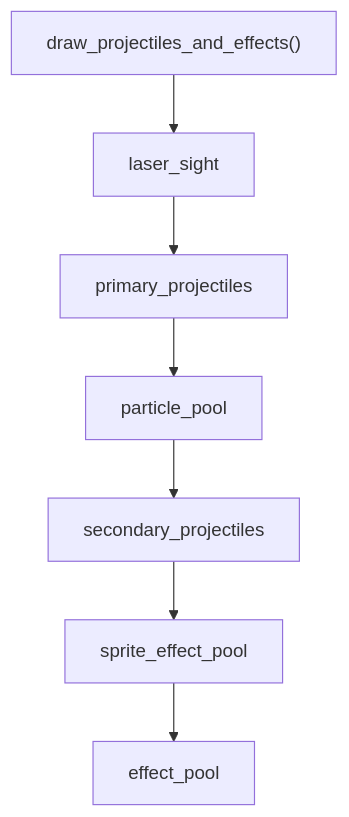
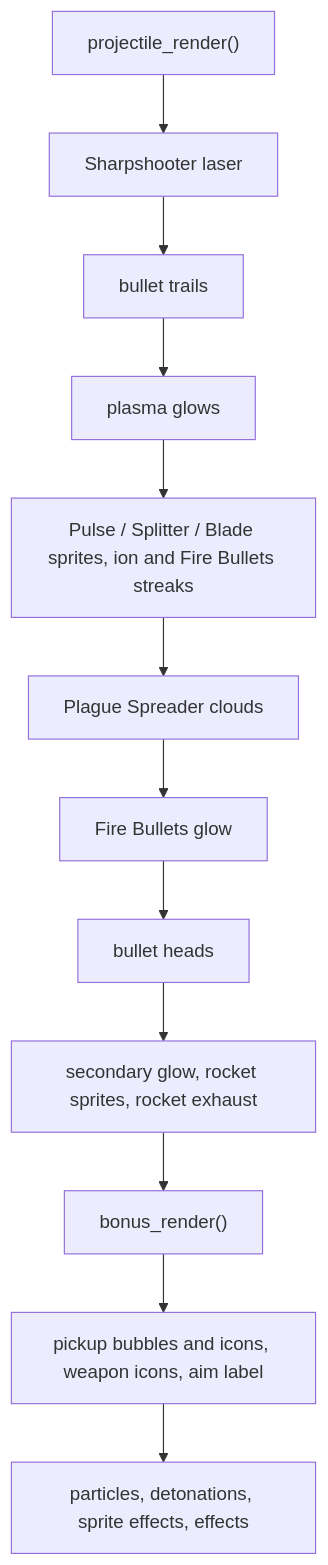
The fifth of 6 diagrams in docs/rewrite/rendering-pipeline.md (banteg/crimson), drawn with Mermaid before and after one commit. The commit also changed other lines of this file and 26 other files, not shown here.

First line of the commit message:
refactor(render): draw projectiles and bonuses in native pass order

````diff
--- a/docs/rewrite/rendering-pipeline.md
+++ b/docs/rewrite/rendering-pipeline.md
@@ -182,9 +185,14 @@
 ```mermaid
 flowchart TD
-    A["draw_projectiles_and_effects()"] --> B["laser_sight"]
-    B --> C["primary_projectiles"]
-    C --> D["particle_pool"]
-    D --> E["secondary_projectiles"]
-    E --> F["sprite_effect_pool"]
-    F --> G["effect_pool"]
+    A["projectile_render()"] --> B["Sharpshooter laser"]
+    B --> C["bullet trails"]
+    C --> D["plasma glows"]
+    D --> E["Pulse / Splitter / Blade sprites, ion and Fire Bullets streaks"]
+    E --> F["Plague Spreader clouds"]
+    F --> G["Fire Bullets glow"]
+    G --> H["bullet heads"]
+    H --> I["secondary glow, rocket sprites, rocket exhaust"]
+    I --> J["bonus_render()"]
+    J --> K["pickup bubbles and icons, weapon icons, aim label"]
+    K --> L["particles, detonations, sprite effects, effects"]
 ```
````
